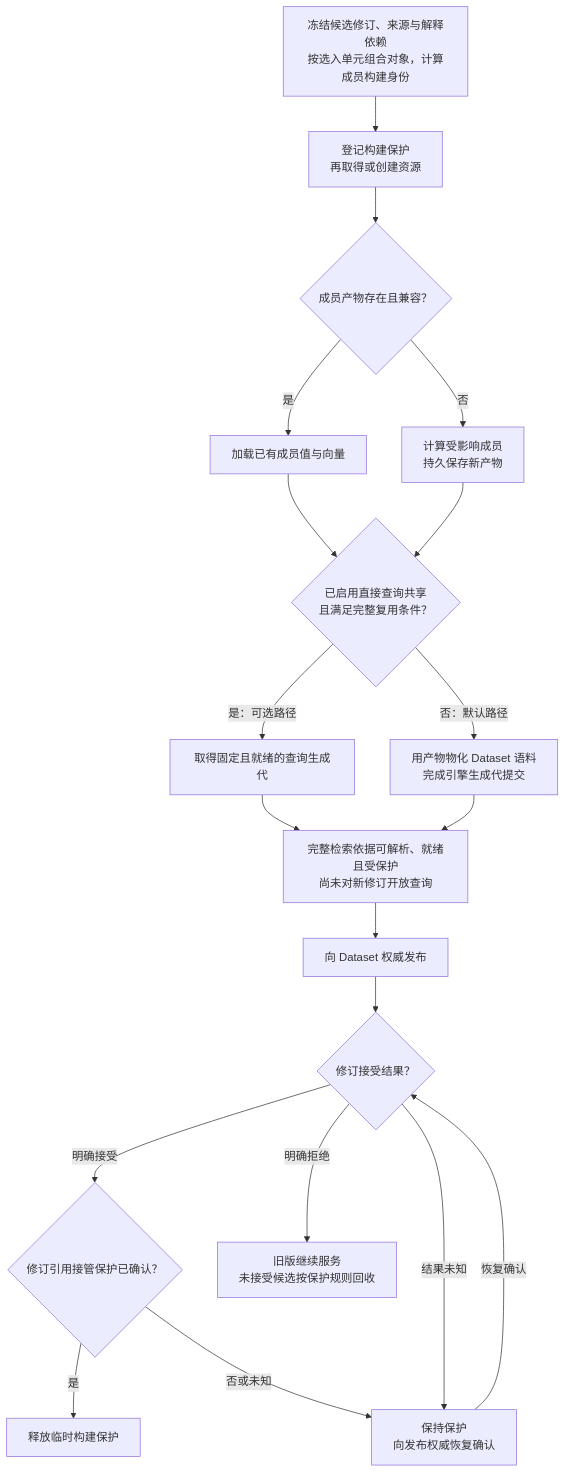
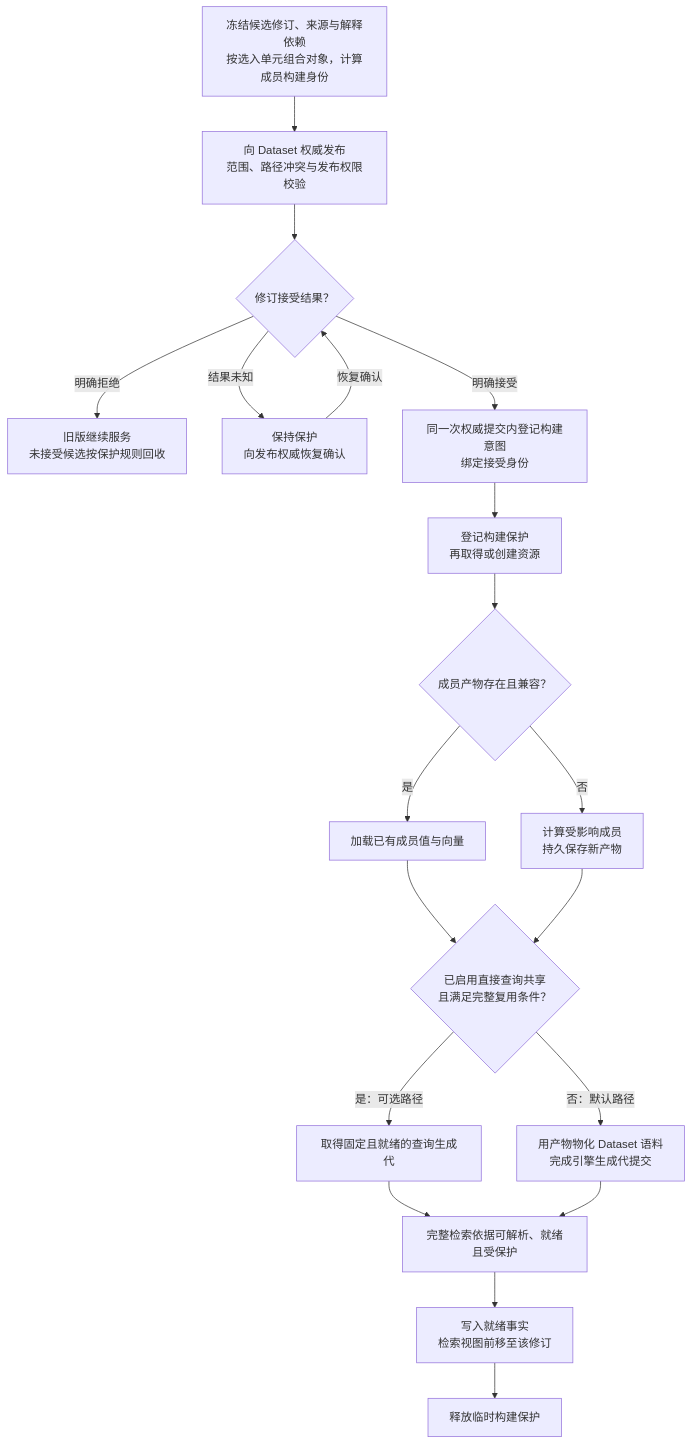
The second of 3 diagrams in doc/design/index-physical.md (AlexKaiqi/knowledge-catalog), drawn with Mermaid before and after one commit. The commit also changed other lines of this file and 167 other files, not shown here.

````diff
--- a/doc/design/index-physical.md
+++ b/doc/design/index-physical.md
@@ -53,35 +54,34 @@
 ```mermaid
 flowchart TD
     A["冻结候选修订、来源与解释依赖<br/>按选入单元组合对象，计算成员构建身份"]
+    K["向 Dataset 权威发布<br/>范围、路径冲突与发布权限校验"]
+    L{"修订接受结果？"}
+    X["旧版继续服务<br/>未接受候选按保护规则回收"]
+    N["保持保护<br/>向发布权威恢复确认"]
+    G["同一次权威提交内登记构建意图<br/>绑定接受身份"]
     B["登记构建保护<br/>再取得或创建资源"]
     C{"成员产物存在且兼容？"}
     D["加载已有成员值与向量"]
     E["计算受影响成员<br/>持久保存新产物"]
     F{"已启用直接查询共享<br/>且满足完整复用条件？"}
     H["取得固定且就绪的查询生成代"]
     I["用产物物化 Dataset 语料<br/>完成引擎生成代提交"]
-    J["完整检索依据可解析、就绪且受保护<br/>尚未对新修订开放查询"]
-    K["向 Dataset 权威发布"]
-    L{"修订接受结果？"}
-    M{"修订引用接管保护已确认？"}
+    J["完整检索依据可解析、就绪且受保护"]
+    M["写入就绪事实<br/>检索视图前移至该修订"]
     S["释放临时构建保护"]
-    N["保持保护<br/>向发布权威恢复确认"]
-    X["旧版继续服务<br/>未接受候选按保护规则回收"]
 
-    A --> B --> C
+    A --> K --> L
+    L -->|明确接受| G --> B --> C
+    L -->|明确拒绝| X
+    L -->|结果未知| N
+    N -->|恢复确认| L
     C -->|是| D
     C -->|否| E
     D --> F
     E --> F
     F -->|是：可选路径| H
     F -->|否：默认路径| I
     H --> J
     I --> J
-    J --> K --> L
-    L -->|明确接受| M
-    L -->|明确拒绝| X
-    L -->|结果未知| N
-    N -->|恢复确认| L
-    M -->|是| S
-    M -->|否或未知| N
+    J --> M --> S
 ```
````
